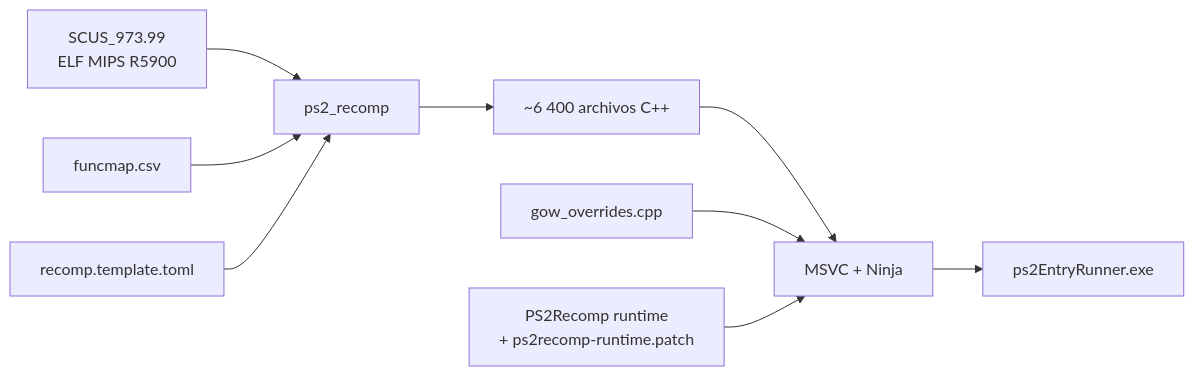
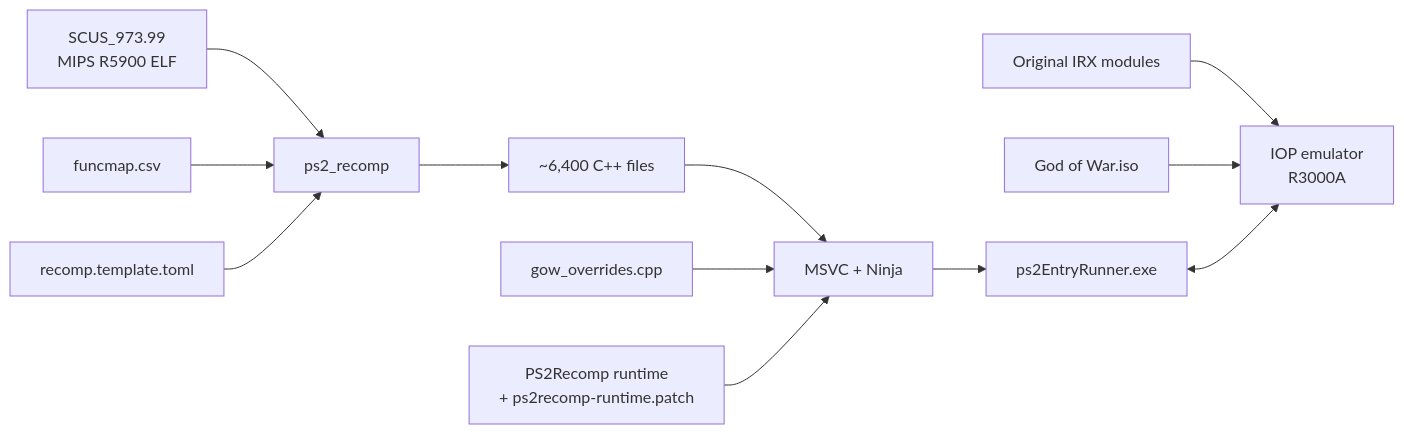
The diagram in README.md (KIexster/god-of-war-recomp), drawn with Mermaid before and after one commit. The commit also changed other lines of this file and 4 other files, not shown here.

````diff
--- a/README.md
+++ b/README.md
@@ -142,11 +152,14 @@
 ```mermaid
 flowchart LR
-    A[SCUS_973.99<br/>ELF MIPS R5900] --> B[ps2_recomp]
+    A[SCUS_973.99<br/>MIPS R5900 ELF] --> B[ps2_recomp]
     M[funcmap.csv] --> B
     C[recomp.template.toml] --> B
-    B --> D[~6 400 archivos C++]
+    B --> D[~6,400 C++ files]
     D --> E[MSVC + Ninja]
     O[gow_overrides.cpp] --> E
     P[PS2Recomp runtime<br/>+ ps2recomp-runtime.patch] --> E
     E --> F[ps2EntryRunner.exe]
+    I[Original IRX modules] --> G[IOP emulator<br/>R3000A]
+    ISO[God of War.iso] --> G
+    F <--> G
 ```
````
